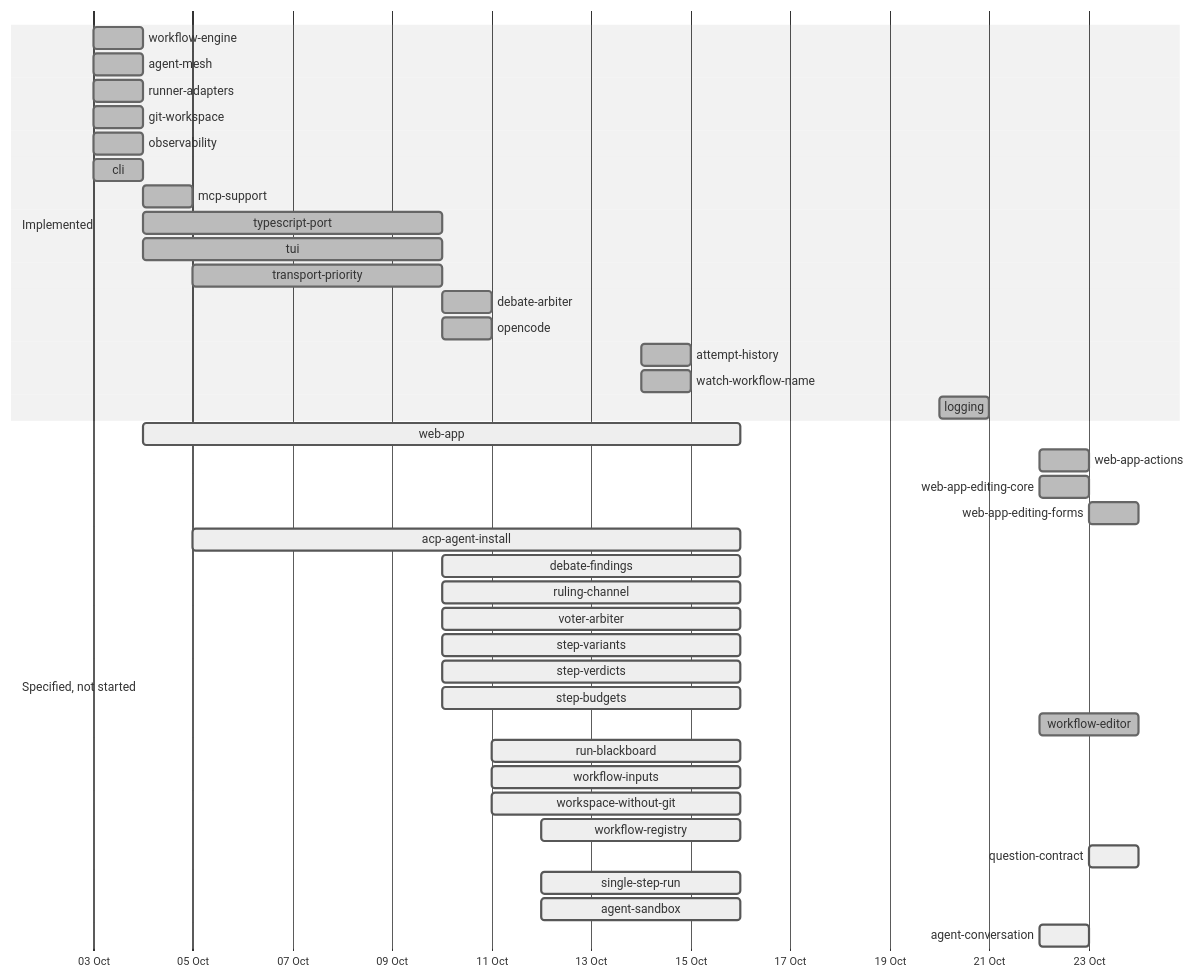
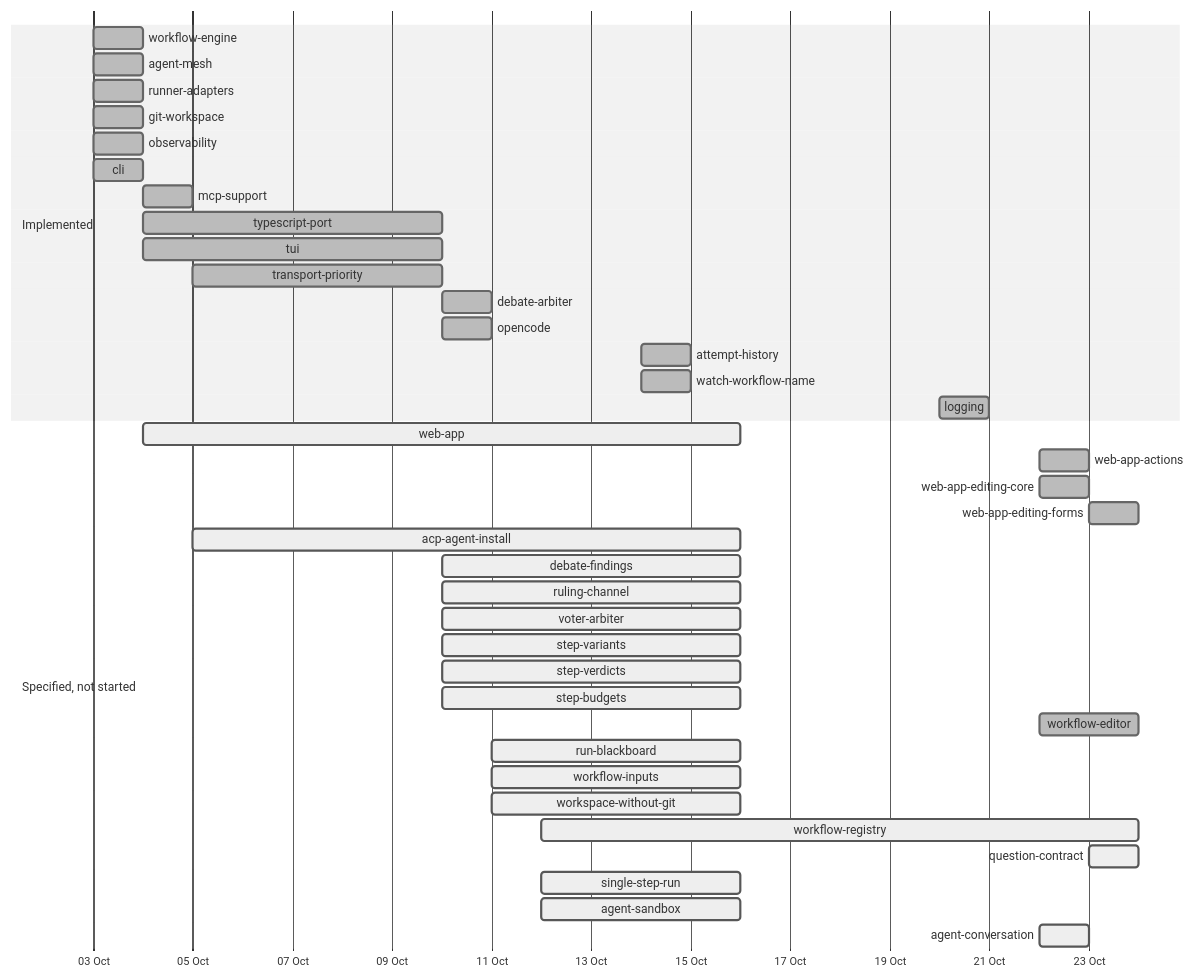
The second of 2 diagrams in specs/DEPENDENCY_MAP.md (yaotzin1/indaba), drawn with Mermaid (neutral theme) before and after one commit. The commit also changed other lines of this file and 26 other files, not shown here.

First line of the commit message:
feat(core,engine,cli): the workflow registry and indaba workflows (slice 1) (#69)

````diff
--- a/specs/DEPENDENCY_MAP.md
+++ b/specs/DEPENDENCY_MAP.md
@@ -71,42 +71,42 @@
 ```mermaid
 gantt
     dateFormat YYYY-MM-DD
     axisFormat %d %b
     section Implemented
     workflow-engine        :done, 2026-10-03, 2026-10-04
     agent-mesh             :done, 2026-10-03, 2026-10-04
     runner-adapters        :done, 2026-10-03, 2026-10-04
     git-workspace          :done, 2026-10-03, 2026-10-04
     observability          :done, 2026-10-03, 2026-10-04
     cli                    :done, 2026-10-03, 2026-10-04
     mcp-support            :done, 2026-10-04, 1d
     typescript-port        :done, 2026-10-04, 2026-10-10
     tui                    :done, 2026-10-04, 2026-10-10
     transport-priority     :done, 2026-10-05, 2026-10-10
     debate-arbiter         :done, 2026-10-10, 1d
     opencode               :done, 2026-10-10, 1d
     attempt-history        :done, 2026-10-14, 1d
     watch-workflow-name    :done, 2026-10-14, 1d
     logging                :done, 2026-10-20, 2026-10-21
     section Specified, not started
     web-app                :active, 2026-10-04, 2026-10-16
     web-app-actions        :done, 2026-10-22, 1d
     web-app-editing-core   :done, 2026-10-22, 1d
     web-app-editing-forms  :done, 2026-10-23, 1d
     acp-agent-install      :active, 2026-10-05, 2026-10-16
     debate-findings        :active, 2026-10-10, 2026-10-16
     ruling-channel         :active, 2026-10-10, 2026-10-16
     voter-arbiter          :active, 2026-10-10, 2026-10-16
     step-variants          :active, 2026-10-10, 2026-10-16
     step-verdicts          :active, 2026-10-10, 2026-10-16
     step-budgets           :active, 2026-10-10, 2026-10-16
     workflow-editor        :done, 2026-10-22, 2d
     run-blackboard         :active, 2026-10-11, 2026-10-16
     workflow-inputs        :active, 2026-10-11, 2026-10-16
     workspace-without-git  :active, 2026-10-11, 2026-10-16
-    workflow-registry      :active, 2026-10-12, 2026-10-16
+    workflow-registry      :active, 2026-10-12, 2026-10-24
     question-contract      :active, 2026-10-23, 2026-10-24
     single-step-run        :active, 2026-10-12, 2026-10-16
     agent-sandbox          :active, 2026-10-12, 2026-10-16
     agent-conversation     :active, 2026-10-22, 2026-10-23
 ```
````
